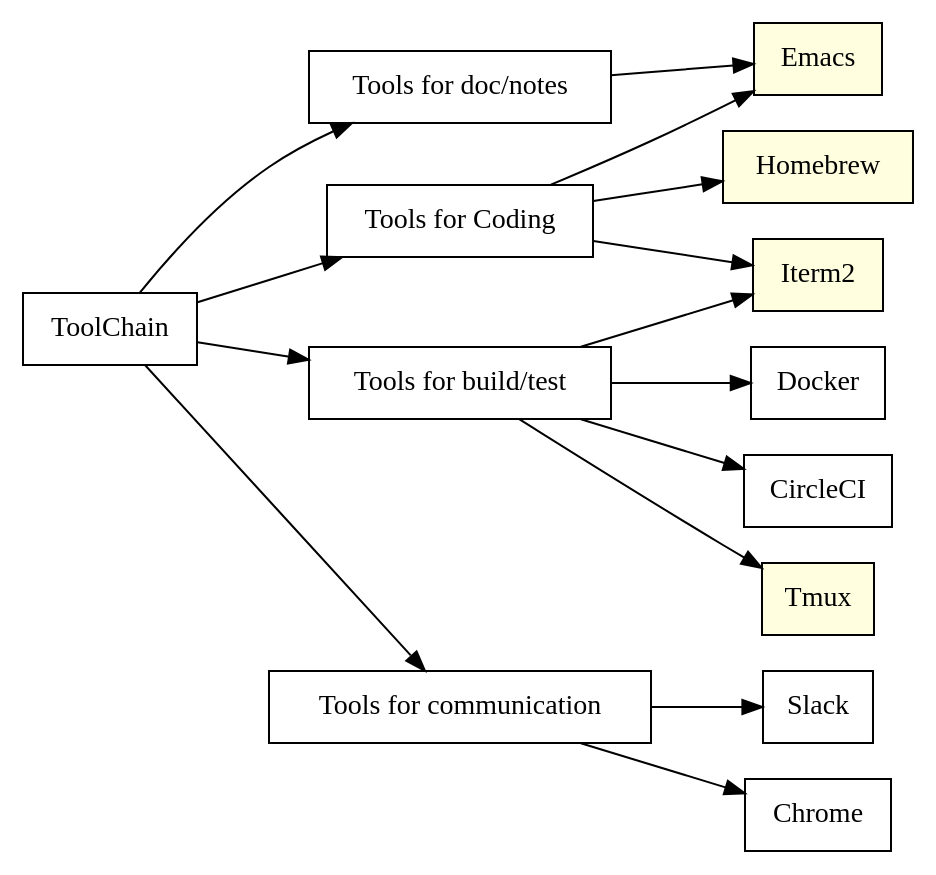
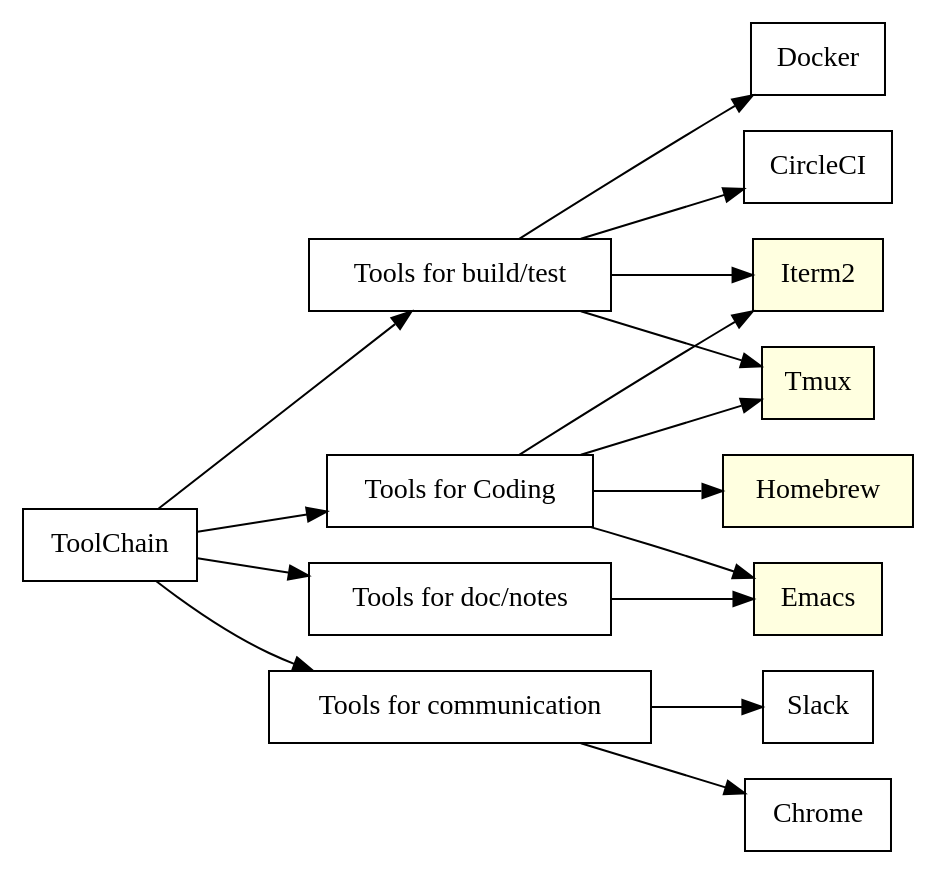
The diagram in static/images/tools.dot (philips-ni/fhugo), drawn with Graphviz before and after one commit. The commit also changed 7 other files, not shown here.

```diff
--- a/static/images/tools.dot
+++ b/static/images/tools.dot
@@ -1,38 +1,41 @@
 digraph D {
 	rankdir="LR"
 	toolChain[label="ToolChain" shape="box"]
 	coding [label="Tools for Coding" shape="box"]
 	doc [label="Tools for doc/notes" shape="box"]	
 	build [label="Tools for build/test" shape="box"]
 	communication [label="Tools for communication" shape="box"]
 
 	Iterm2 [shape="box" style=filled fillcolor="lightyellow"]
 	Tmux [shape="box" style=filled fillcolor="lightyellow"]
 	Homebrew [shape="box" style=filled fillcolor="lightyellow"]
 	Emacs [shape="box" style=filled fillcolor="lightyellow"]
 	Docker [shape="box"]
 	CircleCI [shape="box"]
 	Slack [shape="box"]
 	Chrome [shape="box"]
 
 
 	
 	toolChain -> coding
 	toolChain -> doc
 	toolChain -> build
 	toolChain -> communication
 
 	coding -> Emacs
 	coding -> Iterm2
+	coding -> Tmux
 	coding -> Homebrew
-
+	
 	doc -> Emacs
 	
 	build -> Docker
-	build -> CircleCI
+
 	build -> Iterm2
 	build -> Tmux
+
+	build -> CircleCI	
 
 	communication -> Slack
 	communication -> Chrome
 }
```
